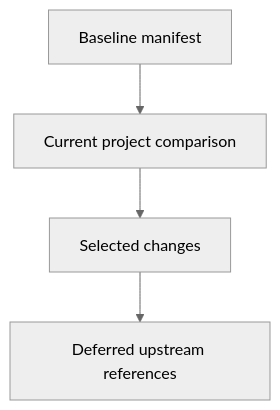
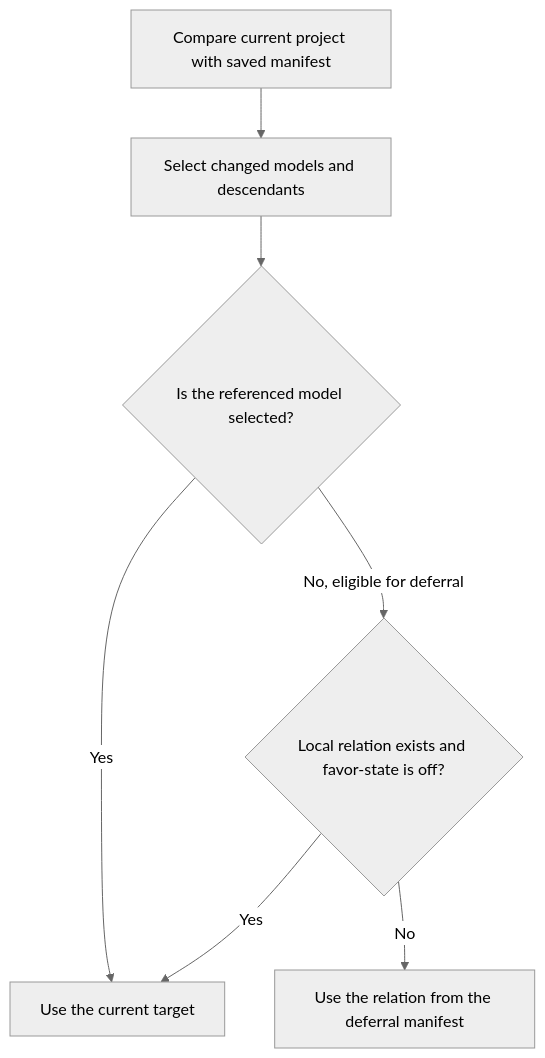
The diagram in docs/lessons/0018-state-comparison-and-deferral.md (Rohit1024/dbt-learn), drawn with Mermaid (neutral theme) before and after one commit. The commit also changed other lines of this file and 4 other files, not shown here.

````diff
--- a/docs/lessons/0018-state-comparison-and-deferral.md
+++ b/docs/lessons/0018-state-comparison-and-deferral.md
@@ -7,8 +7,9 @@
 ```mermaid
 flowchart TD
-    A["Baseline manifest"]
-    B["Current project comparison"]
-    C["Selected changes"]
-    D["Deferred upstream references"]
-    A --> B --> C --> D
+    A["Compare current project with saved manifest"] --> B["Select changed models and descendants"]
+    B --> C{"Is the referenced model selected?"}
+    C -->|"Yes"| D["Use the current target"]
+    C -->|"No, eligible for deferral"| E{"Local relation exists and favor-state is off?"}
+    E -->|"Yes"| D
+    E -->|"No"| F["Use the relation from the deferral manifest"]
 ```
````
